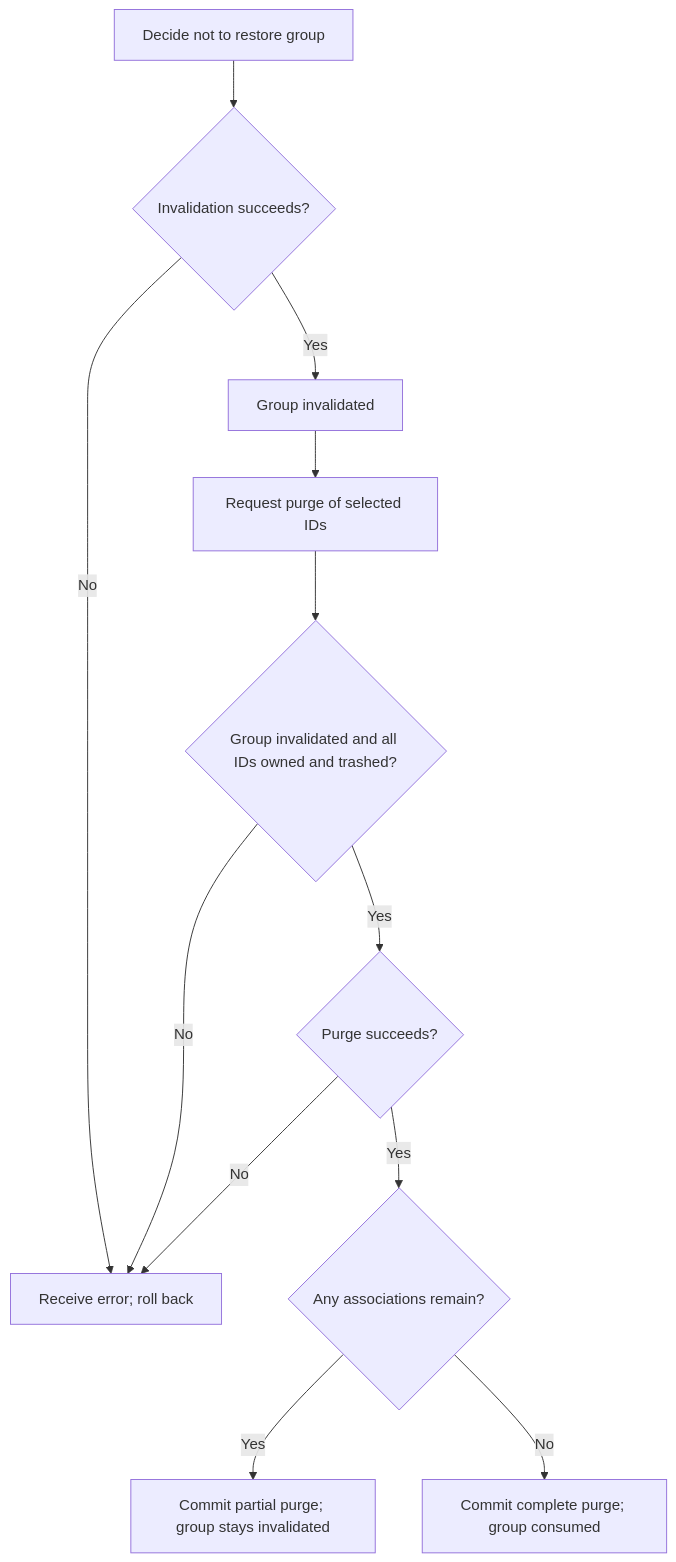
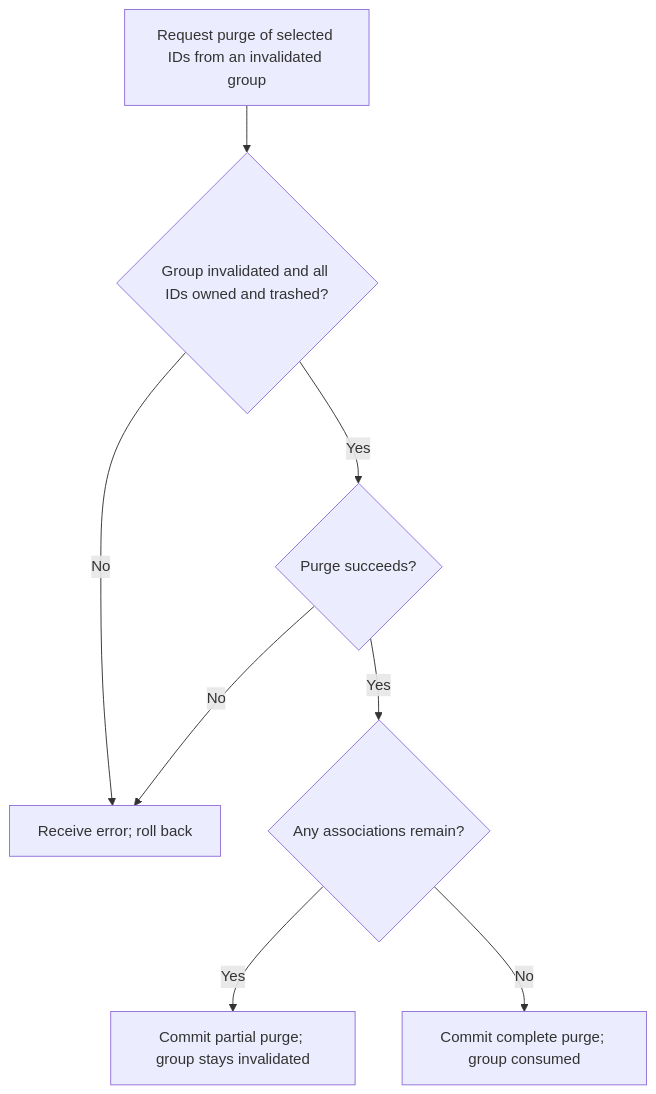
Before and after one commit to Kevinjohn/oss-adonisjs-lucid-soft-delete: the first of 2 diagrams in user-stories/example-apps/us-demo-07-purge-recovery-group.md, drawn with Mermaid. The commit also changed other lines of this file and 18 other files, not shown here.

````diff
--- a/user-stories/example-apps/us-demo-07-purge-recovery-group.md
+++ b/user-stories/example-apps/us-demo-07-purge-recovery-group.md
@@ -21,12 +21,10 @@
 ```mermaid
 flowchart TD
-    A["Decide not to restore group"] --> B{"Invalidation succeeds?"}
-    B -->|No| C["Receive error; roll back"]
-    B -->|Yes| D["Group invalidated"] --> E["Request purge of selected IDs"] --> F{"Group invalidated and all IDs owned and trashed?"}
-    F -->|No| C
+    E["Request purge of selected IDs from an invalidated group"] --> F{"Group invalidated and all IDs owned and trashed?"}
+    F -->|No| C["Receive error; roll back"]
     F -->|Yes| G{"Purge succeeds?"}
     G -->|No| C
     G -->|Yes| H{"Any associations remain?"}
     H -->|Yes| I["Commit partial purge; group stays invalidated"]
     H -->|No| J["Commit complete purge; group consumed"]
 ```
````
